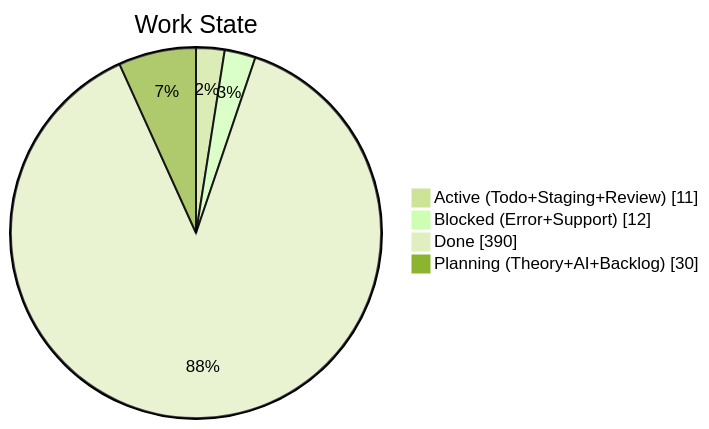
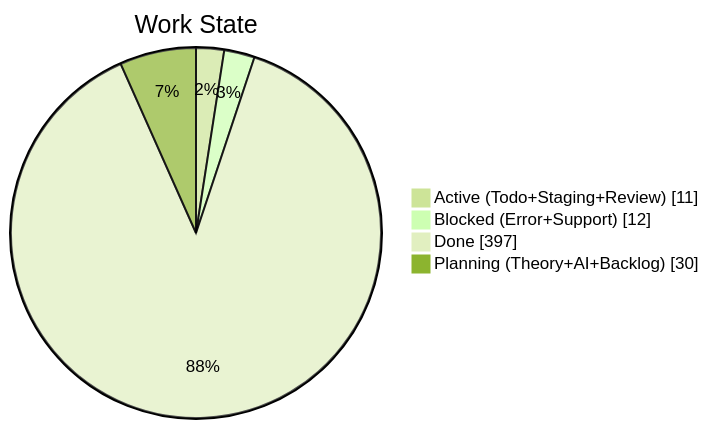
One commit to KBVE/kbve changed the second of 4 diagrams in apps/kbve/astro-kbve/src/content/docs/dashboard/kanban.mdx. Above: the diagram before and after it, drawn with Mermaid (forest theme). The commit also changed other lines of this file and 7 other files, not shown here.

````diff
--- a/apps/kbve/astro-kbve/src/content/docs/dashboard/kanban.mdx
+++ b/apps/kbve/astro-kbve/src/content/docs/dashboard/kanban.mdx
@@ -68,8 +68,8 @@
 ```mermaid
 pie showData
     title Work State
     "Active (Todo+Staging+Review)" : 11
     "Blocked (Error+Support)" : 12
-    "Done" : 390
+    "Done" : 397
     "Planning (Theory+AI+Backlog)" : 30
 ```
````
